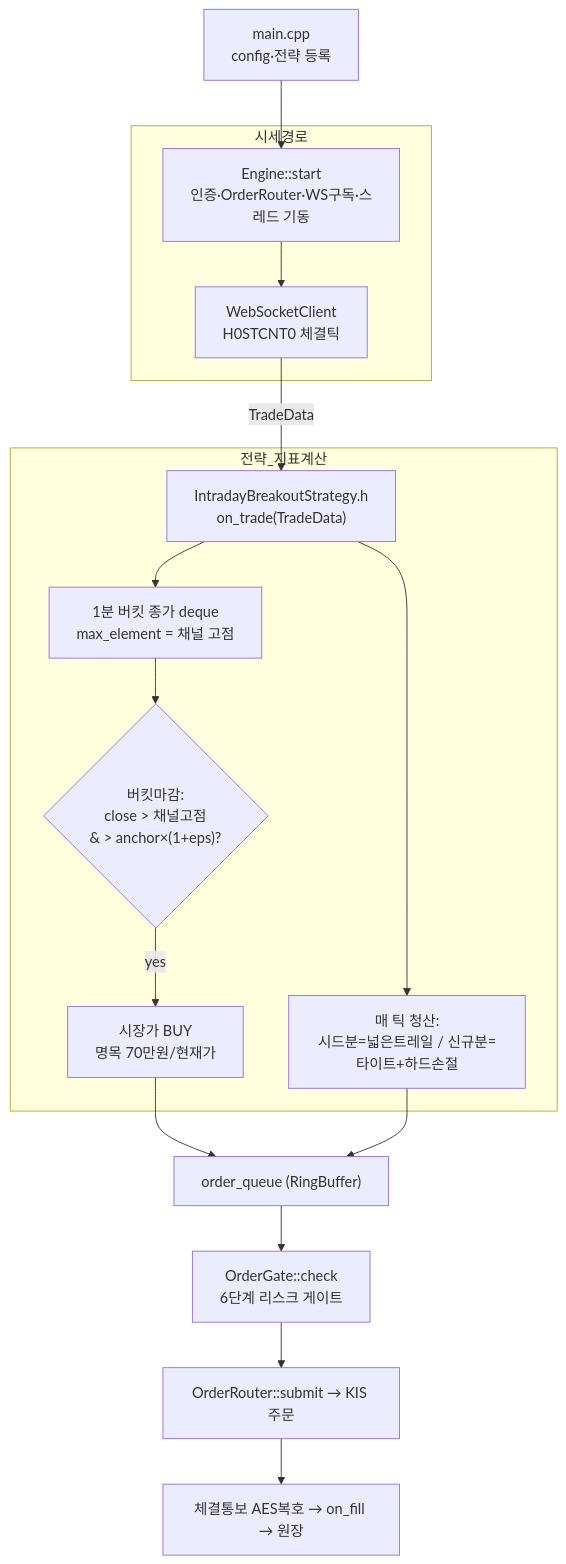
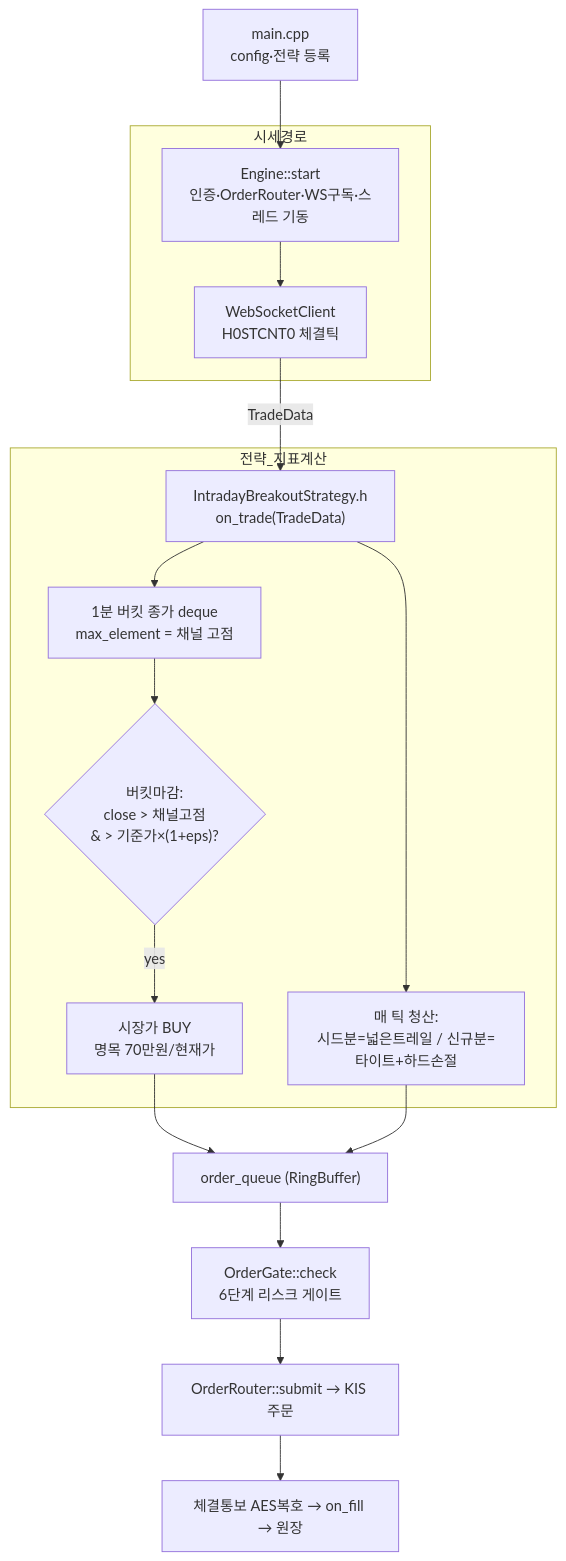
The second of 2 diagrams in research/BACKTEST_FLOW.md (pypy8171/Quant), drawn with Mermaid before and after one commit. The commit also changed other lines of this file and 175 other files, not shown here.

````diff
--- a/research/BACKTEST_FLOW.md
+++ b/research/BACKTEST_FLOW.md
@@ -86,25 +86,25 @@
 ```mermaid
 flowchart TD
     MAIN["main.cpp<br/>config·전략 등록"] --> START["Engine::start<br/>인증·OrderRouter·WS구독·스레드 기동"]
 
     subgraph 시세경로
         WS["WebSocketClient<br/>H0STCNT0 체결틱"]
         START --> WS
     end
 
     WS -->|TradeData| ITB
 
     subgraph 전략_지표계산
         ITB["IntradayBreakoutStrategy.h<br/>on_trade(TradeData)"]
         ITB --> IND["1분 버킷 종가 deque<br/>max_element = 채널 고점"]
-        IND --> TRIG{"버킷마감:<br/>close > 채널고점<br/>& > anchor×(1+eps)?"}
+        IND --> TRIG{"버킷마감:<br/>close > 채널고점<br/>& > 기준가×(1+eps)?"}
         TRIG -->|yes| BUY["시장가 BUY<br/>명목 70만원/현재가"]
         ITB --> EXIT["매 틱 청산:<br/>시드분=넓은트레일 / 신규분=타이트+하드손절"]
     end
 
     BUY --> OQ["order_queue (RingBuffer)"]
     EXIT --> OQ
     OQ --> OG["OrderGate::check<br/>6단계 리스크 게이트"]
     OG --> OR["OrderRouter::submit → KIS 주문"]
     OR --> FILLNOTI["체결통보 AES복호 → on_fill → 원장"]
 ```
````
